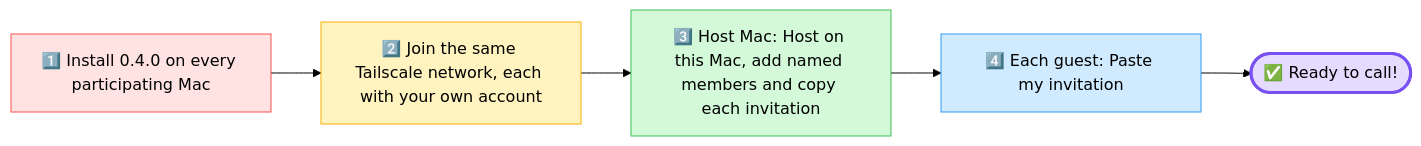
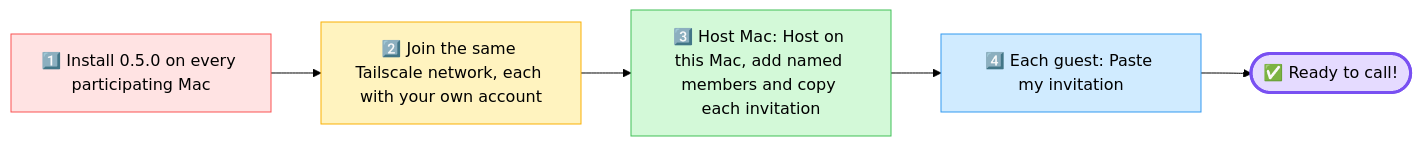
Before and after one commit to CemSarp/ZoomTime: the sixth of 7 diagrams in README.md, drawn with Mermaid (forest theme). The commit also changed other lines of this file and 68 other files, not shown here.

````diff
--- a/README.md
+++ b/README.md
@@ -257,13 +263,13 @@
 ```mermaid
 flowchart LR
-    S1["1️⃣ Install 0.4.0 on every participating Mac"] --> S2["2️⃣ Join the same Tailscale network, each with your own account"]
+    S1["1️⃣ Install 0.5.0 on every participating Mac"] --> S2["2️⃣ Join the same Tailscale network, each with your own account"]
     S2 --> S3["3️⃣ Host Mac: Host on this Mac, add named members and copy each invitation"]
     S3 --> S4["4️⃣ Each guest: Paste my invitation"]
     S4 --> R(["✅ Ready to call!"])
 
     style S1 fill:#ffe3e3,stroke:#fa5252,color:#000
     style S2 fill:#fff3bf,stroke:#fab005,color:#000
     style S3 fill:#d3f9d8,stroke:#40c057,color:#000
     style S4 fill:#d0ebff,stroke:#339af0,color:#000
     style R fill:#e5dbff,stroke:#7950f2,stroke-width:3px,color:#000
 ```
````
